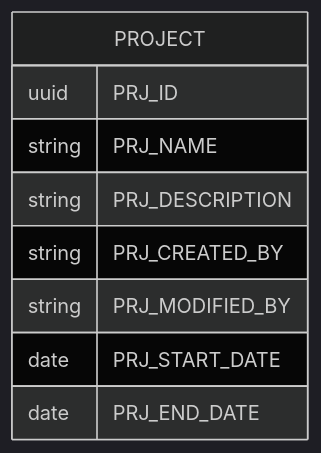
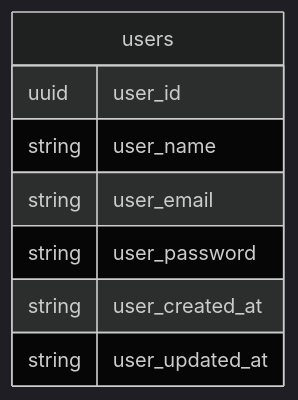
Before and after one commit to jujoycode/hydra: the first of 3 diagrams in docs/table-erd.md, drawn with Mermaid (dark theme). The commit also changed other lines of this file, not shown here.

Commit message:
:memo: 오기 수정

````diff
--- a/docs/table-erd.md
+++ b/docs/table-erd.md
@@ -5,12 +5,11 @@
 ```mermaid
 erDiagram
-    PROJECT {
-        uuid PRJ_ID
-        string PRJ_NAME
-        string PRJ_DESCRIPTION
-        string PRJ_CREATED_BY
-        string PRJ_MODIFIED_BY
-        date PRJ_START_DATE
-        date PRJ_END_DATE
+    users {
+        uuid user_id
+        string user_name
+        string user_email
+        string user_password
+        string user_created_at
+        string user_updated_at
     }
 ```
````
